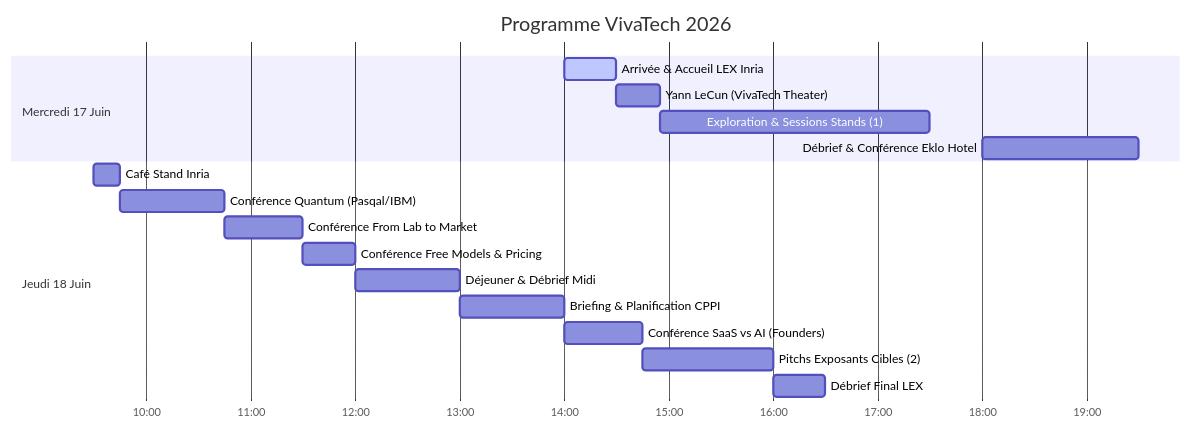
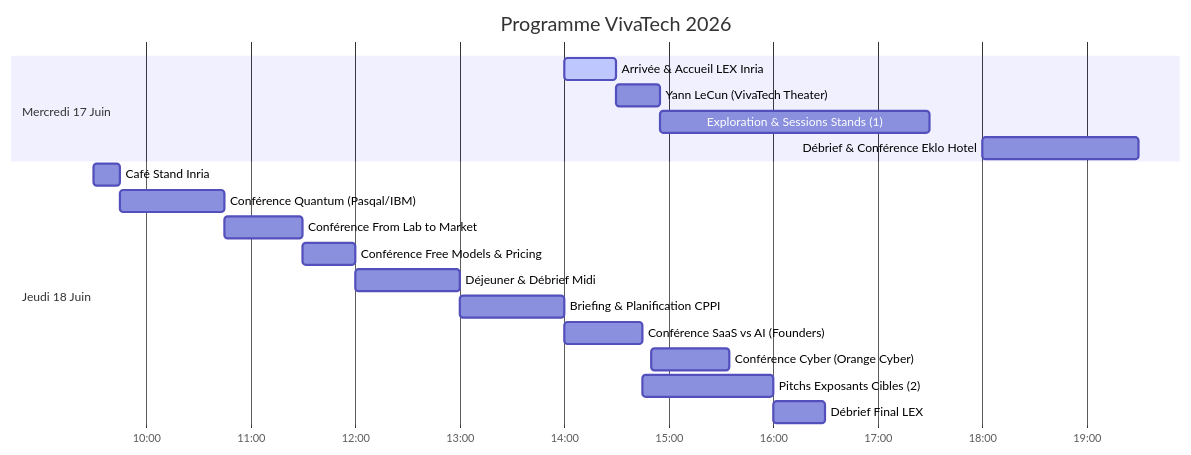
The diagram in README.md (Ludwig-H/VivaTech2026), drawn with Mermaid before and after one commit. The commit also changed other lines of this file, not shown here.

````diff
--- a/README.md
+++ b/README.md
@@ -21,23 +42,24 @@
 ```mermaid
 gantt
     title Programme VivaTech 2026
     dateFormat  HH:mm
     axisFormat %H:%M
     
     section Mercredi 17 Juin
     Arrivée & Accueil LEX Inria        :active, 14:00, 14:30
     Yann LeCun (VivaTech Theater)     : 14:30, 14:55
     Exploration & Sessions Stands (1) : 14:55, 17:30
     Débrief & Conférence Eklo Hotel   : 18:00, 19:30
     
     section Jeudi 18 Juin
     Café Stand Inria                  : 09:30, 09:45
     Conférence Quantum (Pasqal/IBM)   : 09:45, 10:45
     Conférence From Lab to Market     : 10:45, 11:30
     Conférence Free Models & Pricing  : 11:30, 12:00
     Déjeuner & Débrief Midi           : 12:00, 13:00
     Briefing & Planification CPPI     : 13:00, 14:00
     Conférence SaaS vs AI (Founders)  : 14:00, 14:45
+    Conférence Cyber (Orange Cyber)   : 14:50, 15:35
     Pitchs Exposants Cibles (2)       : 14:45, 16:00
     Débrief Final LEX                 : 16:00, 16:30
 ```
````
